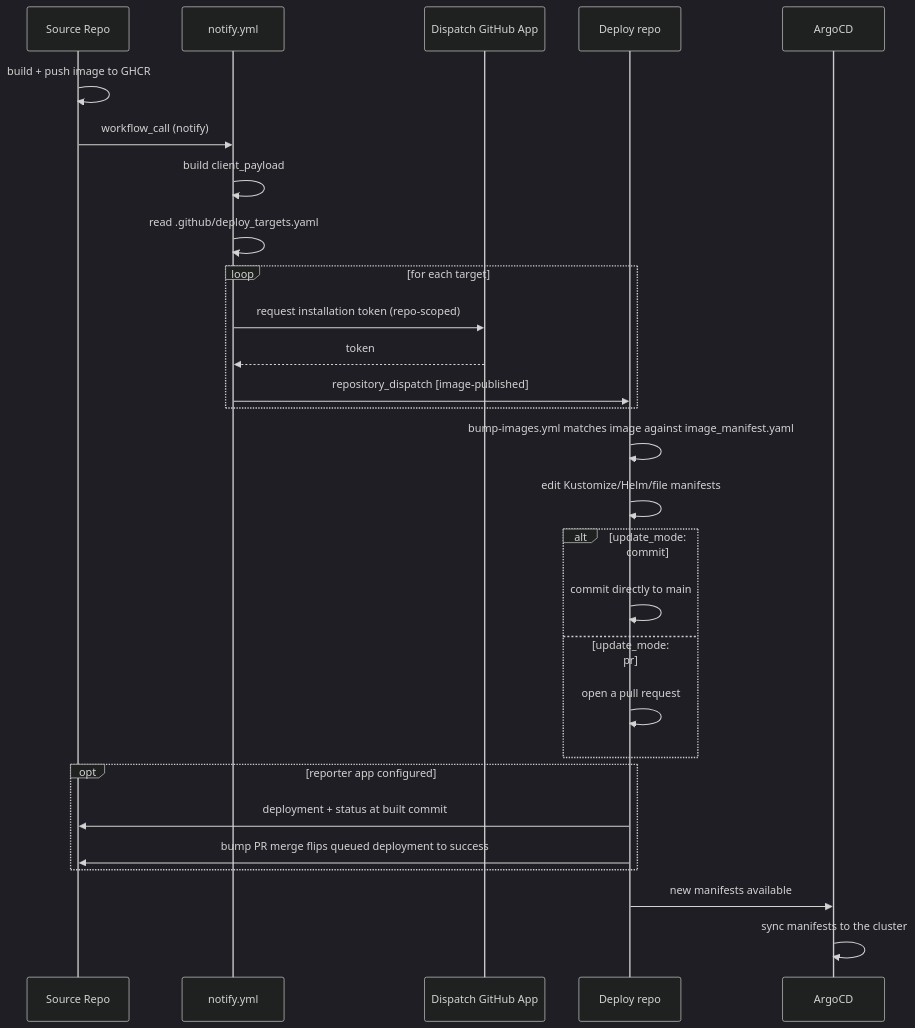
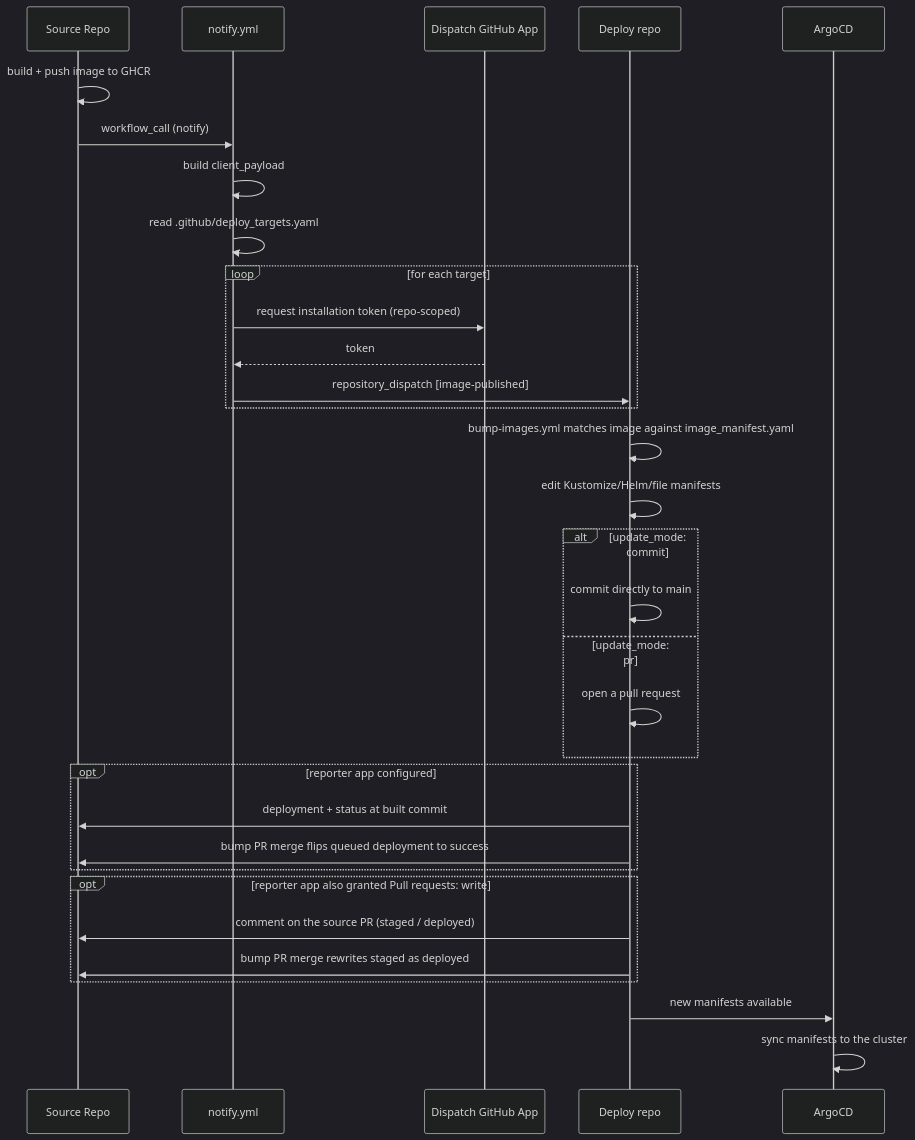
Before and after one commit to gulfofmaine/odp-releaser: the diagram in docs/workflows.md, drawn with Mermaid (dark theme). The commit also changed other lines of this file and 5 other files, not shown here.

````diff
--- a/docs/workflows.md
+++ b/docs/workflows.md
@@ -20,31 +20,35 @@
 ```mermaid
 sequenceDiagram
     participant Source as Source Repo
     participant Notify as notify.yml
     participant App as Dispatch GitHub App
     participant Deploy as Deploy repo
     participant Argo as ArgoCD
 
     Source->>Source: build + push image to GHCR
     Source->>Notify: workflow_call (notify)
     Notify->>Notify: build client_payload
     Notify->>Notify: read .github/deploy_targets.yaml
     loop for each target
         Notify->>App: request installation token (repo-scoped)
         App-->>Notify: token
         Notify->>Deploy: repository_dispatch [image-published]
     end
     Deploy->>Deploy: bump-images.yml matches image against image_manifest.yaml
     Deploy->>Deploy: edit Kustomize/Helm/file manifests
     alt update_mode: commit
         Deploy->>Deploy: commit directly to main
     else update_mode: pr
         Deploy->>Deploy: open a pull request
     end
     opt reporter app configured
         Deploy->>Source: deployment + status at built commit
         Deploy->>Source: bump PR merge flips queued deployment to success
     end
+    opt reporter app also granted Pull requests: write
+        Deploy->>Source: comment on the source PR (staged / deployed)
+        Deploy->>Source: bump PR merge rewrites staged as deployed
+    end
     Deploy->>Argo: new manifests available
     Argo->>Argo: sync manifests to the cluster
 ```
````
